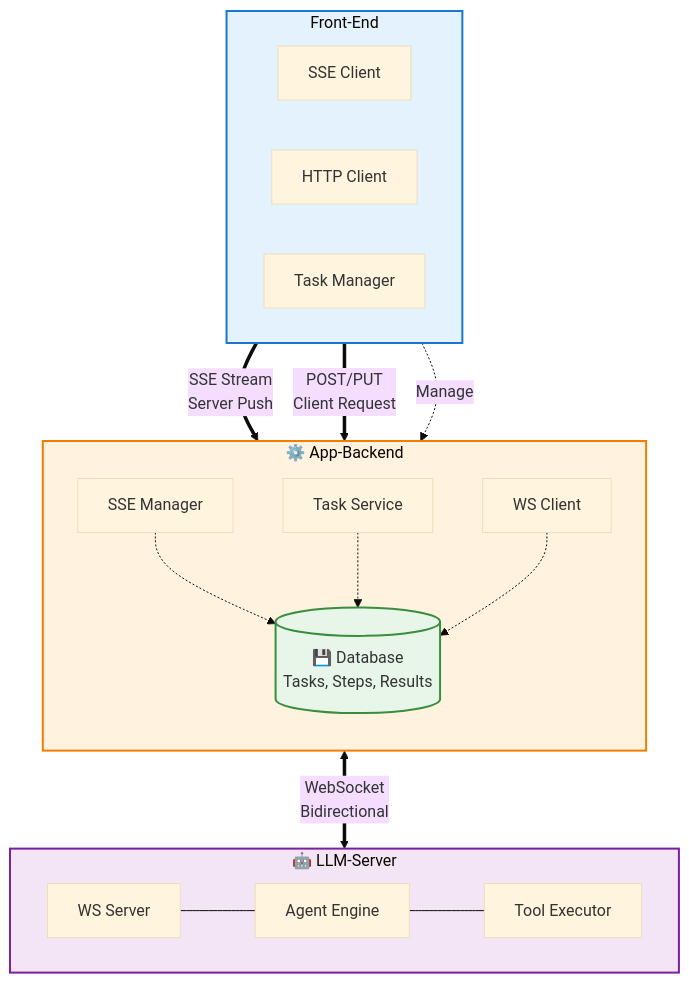
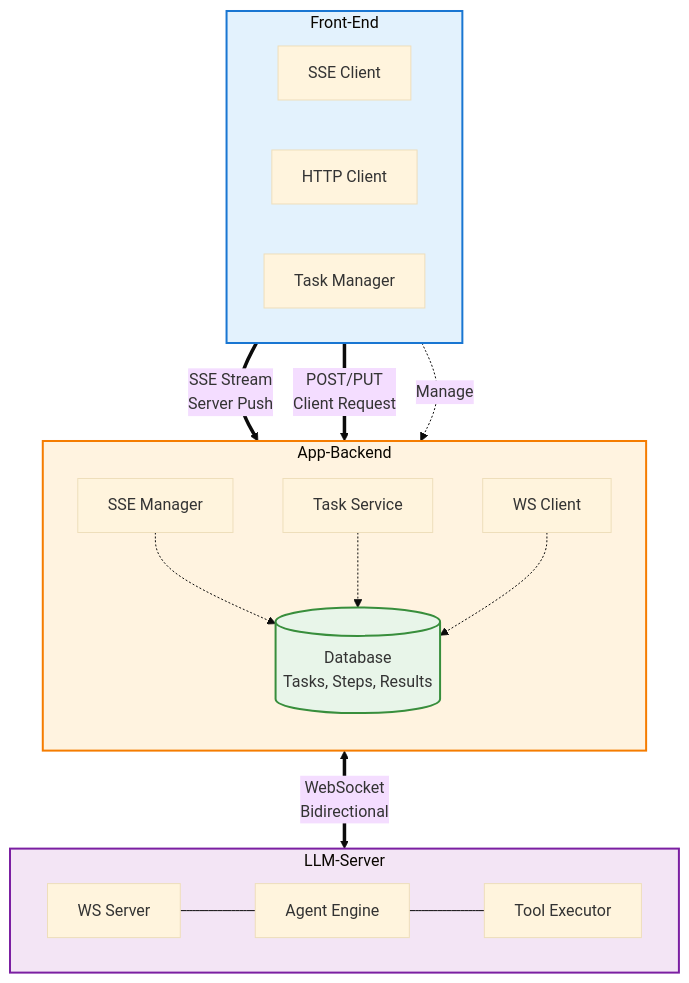
One commit to yingjianzh/iodraw-files changed the diagram in all/未命名-10.md. Above: the diagram before and after it, drawn with Mermaid (base theme).

Commit message:
2025-12-17 15:19:46 update

````diff
--- a/all/未命名-10.md
+++ b/all/未命名-10.md
@@ -1,42 +1,42 @@
 ```mermaid
 flowchart TB
     subgraph FE["Front-End"]
         direction LR
         SSE[SSE Client]
         HTTP[HTTP Client]
         TM[Task Manager]
     end
     
-    subgraph BE["⚙️ App-Backend"]
+    subgraph BE["App-Backend"]
         direction TB
         SSEM[SSE Manager]
         TS[Task Service]
         WSC[WS Client]
-        DB[(💾 Database<br/>Tasks, Steps, Results)]
+        DB[(Database<br/>Tasks, Steps, Results)]
         
         SSEM -.-> DB
         TS -.-> DB
         WSC -.-> DB
     end
     
-    subgraph LLM["🤖 LLM-Server"]
+    subgraph LLM["LLM-Server"]
         direction LR
         WSS[WS Server]
         AE[Agent Engine]
         TE[Tool Executor]
         
         WSS --- AE
         AE --- TE
     end
     
     SSE ==>|SSE Stream<br/>Server Push| SSEM
     HTTP ==>|POST/PUT<br/>Client Request| TS
     TM -.->|Manage| TS
     
     WSC <==>|WebSocket<br/>Bidirectional| WSS
     
     style FE fill:#e3f2fd,stroke:#1976d2,stroke-width:2px
     style BE fill:#fff3e0,stroke:#f57c00,stroke-width:2px
     style LLM fill:#f3e5f5,stroke:#7b1fa2,stroke-width:2px
     style DB fill:#e8f5e9,stroke:#388e3c,stroke-width:2px
 ```
````
